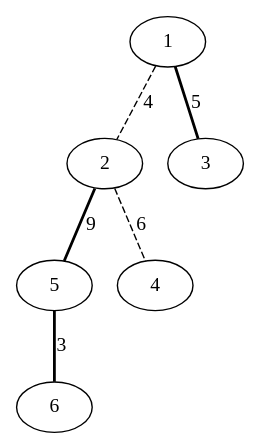
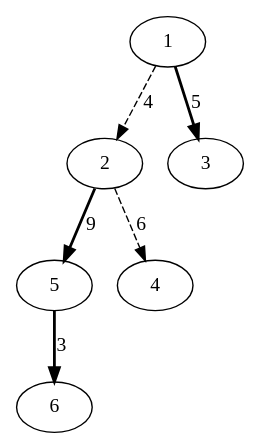
The diagram in ST-Tree/src/combined_graph.dot (Musab1Blaser/DynamicTrees_NF), drawn with Graphviz before and after one commit. The commit also changed 8 other files, not shown here.

```diff
--- a/ST-Tree/src/combined_graph.dot
+++ b/ST-Tree/src/combined_graph.dot
@@ -1,13 +1,13 @@
-graph G {
-2 -- 5 [style=bold, label=9];
-5 -- 6 [style=bold, label=3];
-1 -- 3 [style=bold, label=5];
-1 -- 2 [style=dashed, label=4];
-2 -- 4 [style=dashed, label=6];
+digraph G {
+2 -> 5 [style=bold, label=9];
+5 -> 6 [style=bold, label=3];
+1 -> 3 [style=bold, label=5];
+1 -> 2 [style=dashed, label=4];
+2 -> 4 [style=dashed, label=6];
 1; 
 2; 
 3; 
 4; 
 5; 
 6; 
 }
```
